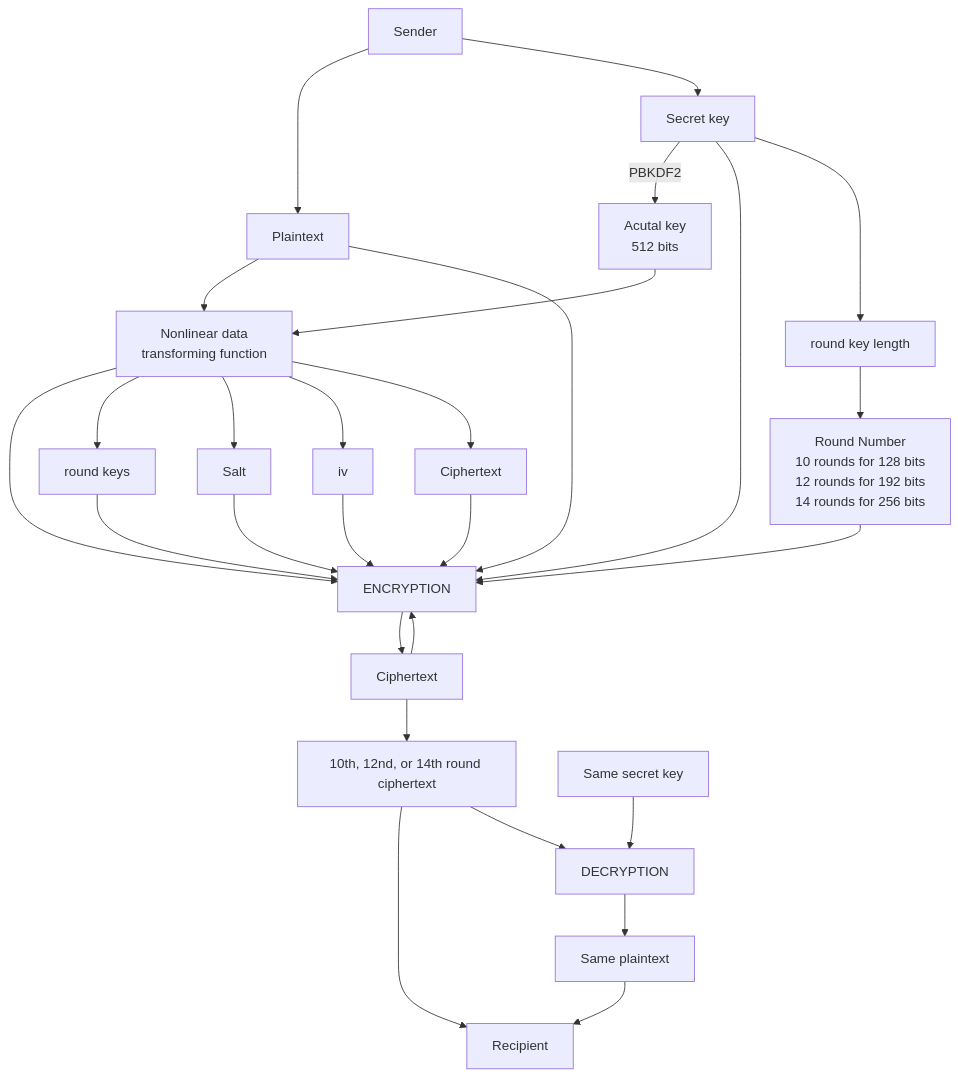
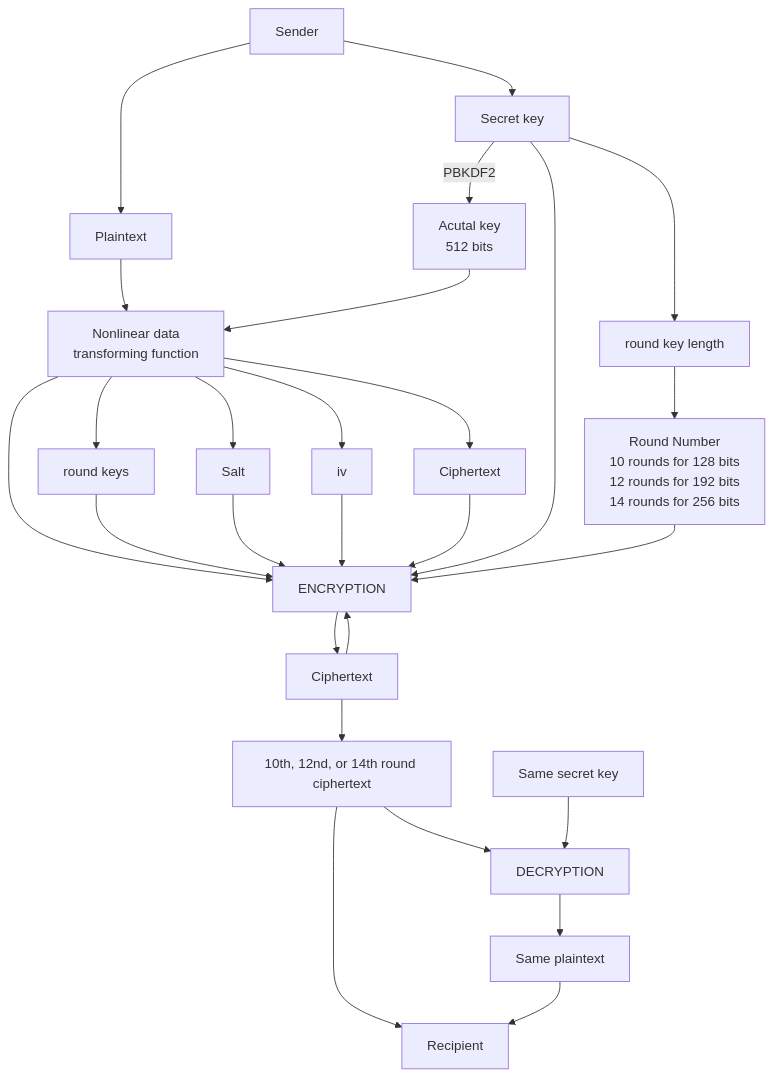
One commit to Kietpawpan/encryption changed the diagram in README.md. Above: the diagram before and after it, drawn with Mermaid.

````diff
--- a/README.md
+++ b/README.md
@@ -5,17 +5,16 @@
 ```mermaid
 flowchart TD
     A[Sender] --> B[Plaintext]-->FC
     C[Secret key]--PBKDF2-->AK[Acutal key\n512 bits]-->FC-->D[ENCRYPTION]-->E[Ciphertext]-->D
     E-->FN[10th, 12nd, or 14th round ciphertext]-->F[Recipient]
     C2[Same secret key]-->G[DECRYPTION]-->I[Same plaintext]-->F
      FN-->G
 A-->C-->D
 RK[round keys]-->D
 C-->RKL[round key length]-->RN[Round Number\n10 rounds for 128 bits\n12 rounds for 192 bits\n14 rounds for 256 bits]-->D
 FC[Nonlinear data \ntransforming function]
 FC-->RK
-B-->D
 FC-->SL[Salt]-->D
 FC-->iv[iv]-->D
 FC-->CFT[Ciphertext]-->D
 ```
````
